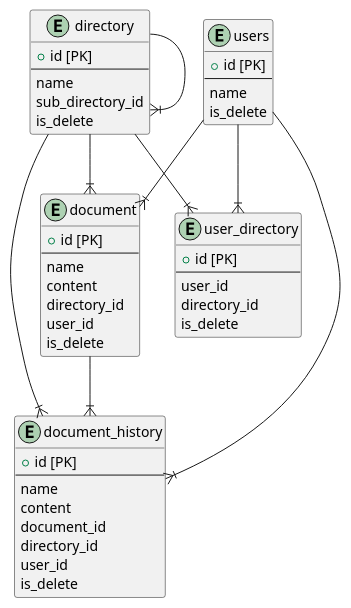
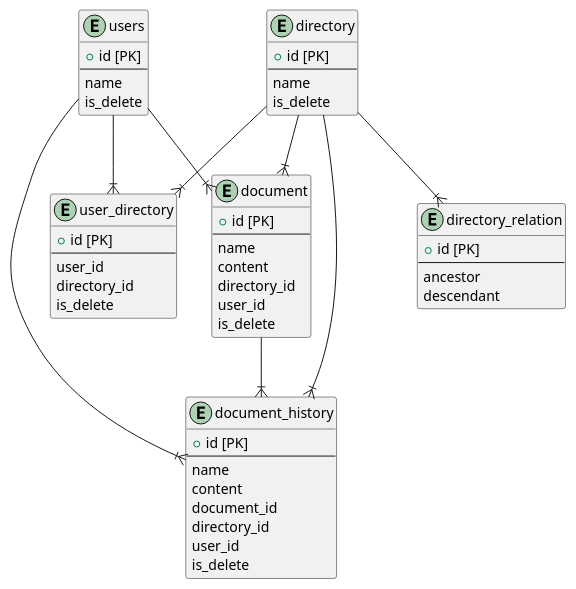
The diagram in 03/db_modeling3.puml (tasdsn/praha), drawn with PlantUML before and after one commit.

Commit message:
fix:課題3閉包テーブルに変更

```diff
--- a/03/db_modeling3.puml
+++ b/03/db_modeling3.puml
@@ -1,57 +1,63 @@
 @startuml
 '03_DBモデリング3
 
 entity users {
   + id [PK]
   --
   name
   is_delete
 }
 
 entity user_directory {
   + id [PK]
   --
   user_id
   directory_id
   is_delete
 }
 
 entity directory {
   + id [PK]
   --
   name
-  sub_directory_id
   is_delete
+}
+
+entity directory_relation {
+  + id [PK]
+  --
+  ancestor
+  descendant
 }
 
 entity document {
   + id [PK]
   --
   name
   content
   directory_id
   user_id
   is_delete
 }
 
 entity document_history {
   + id [PK]
   --
   name
   content
   document_id
   directory_id
   user_id
   is_delete
 }
 
 users      --|{ user_directory
-directory  --|{ directory
 directory  --|{ user_directory
 users  --|{ document
 directory  --|{ document
 users  --|{ document_history
 directory  --|{ document_history
+directory  --|{ directory_relation
 document   --|{ document_history
 
 @enduml
```
